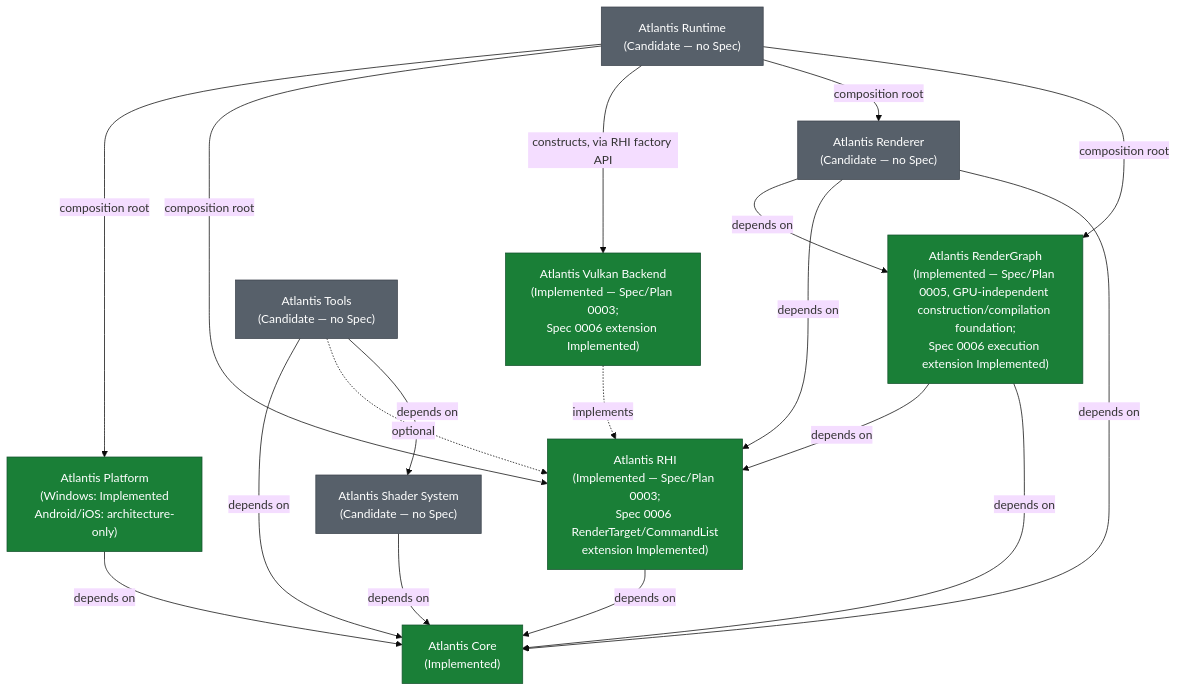
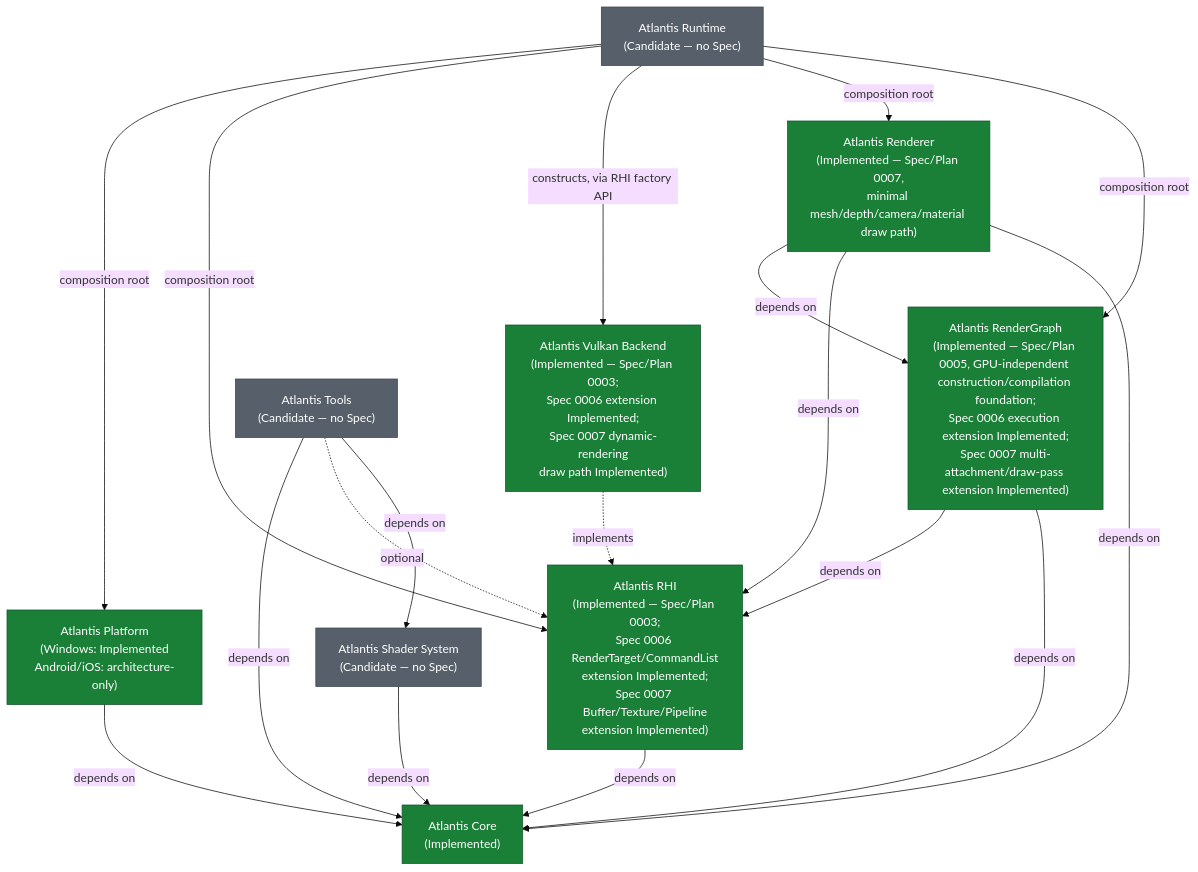
One commit to slmao/Atlantis changed the diagram in docs/project-blueprint.md. Above: the diagram before and after it, drawn with Mermaid (base theme). The commit also changed other lines of this file and 6 other files, not shown here.

````diff
--- a/docs/project-blueprint.md
+++ b/docs/project-blueprint.md
@@ -89,47 +89,47 @@
 ```mermaid
 graph TD
     Core["Atlantis Core<br/>(Implemented)"]
 
     Platform["Atlantis Platform<br/>(Windows: Implemented<br/>Android/iOS: architecture-only)"]
-    RHI["Atlantis RHI<br/>(Implemented — Spec/Plan 0003;<br/>Spec 0006 RenderTarget/CommandList<br/>extension Implemented)"]
-    VulkanBackend["Atlantis Vulkan Backend<br/>(Implemented — Spec/Plan 0003;<br/>Spec 0006 extension Implemented)"]
-    RenderGraph["Atlantis RenderGraph<br/>(Implemented — Spec/Plan 0005, GPU-independent construction/compilation foundation;<br/>Spec 0006 execution extension Implemented)"]
-    Renderer["Atlantis Renderer<br/>(Candidate — no Spec)"]
+    RHI["Atlantis RHI<br/>(Implemented — Spec/Plan 0003;<br/>Spec 0006 RenderTarget/CommandList<br/>extension Implemented;<br/>Spec 0007 Buffer/Texture/Pipeline<br/>extension Implemented)"]
+    VulkanBackend["Atlantis Vulkan Backend<br/>(Implemented — Spec/Plan 0003;<br/>Spec 0006 extension Implemented;<br/>Spec 0007 dynamic-rendering<br/>draw path Implemented)"]
+    RenderGraph["Atlantis RenderGraph<br/>(Implemented — Spec/Plan 0005, GPU-independent construction/compilation foundation;<br/>Spec 0006 execution extension Implemented;<br/>Spec 0007 multi-attachment/draw-pass extension Implemented)"]
+    Renderer["Atlantis Renderer<br/>(Implemented — Spec/Plan 0007,<br/>minimal mesh/depth/camera/material draw path)"]
     ShaderSystem["Atlantis Shader System<br/>(Candidate — no Spec)"]
     Runtime["Atlantis Runtime<br/>(Candidate — no Spec)"]
     Tools["Atlantis Tools<br/>(Candidate — no Spec)"]
 
     Platform -->|depends on| Core
     RHI -->|depends on| Core
     RenderGraph -->|depends on| RHI
     RenderGraph -->|depends on| Core
     Renderer -->|depends on| RenderGraph
     Renderer -->|depends on| RHI
     Renderer -->|depends on| Core
     ShaderSystem -->|depends on| Core
     Tools -->|depends on| Core
     Tools -.->|optional| RHI
     Tools -->|depends on| ShaderSystem
 
     VulkanBackend -.->|implements| RHI
 
     Runtime -->|composition root| Platform
     Runtime -->|composition root| RHI
     Runtime -->|constructs, via RHI factory API| VulkanBackend
     Runtime -->|composition root| Renderer
     Runtime -->|composition root| RenderGraph
 
     classDef implemented fill:#1a7f37,color:#fff,stroke:#14532d
     classDef approved fill:#9a6700,color:#fff,stroke:#7c5300
     classDef candidate fill:#57606a,color:#fff,stroke:#3d444d
 
     class Core implemented
     class Platform implemented
     class RHI implemented
     class VulkanBackend implemented
     class RenderGraph implemented
-    class Renderer candidate
+    class Renderer implemented
     class ShaderSystem candidate
     class Runtime candidate
     class Tools candidate
 ```
````
